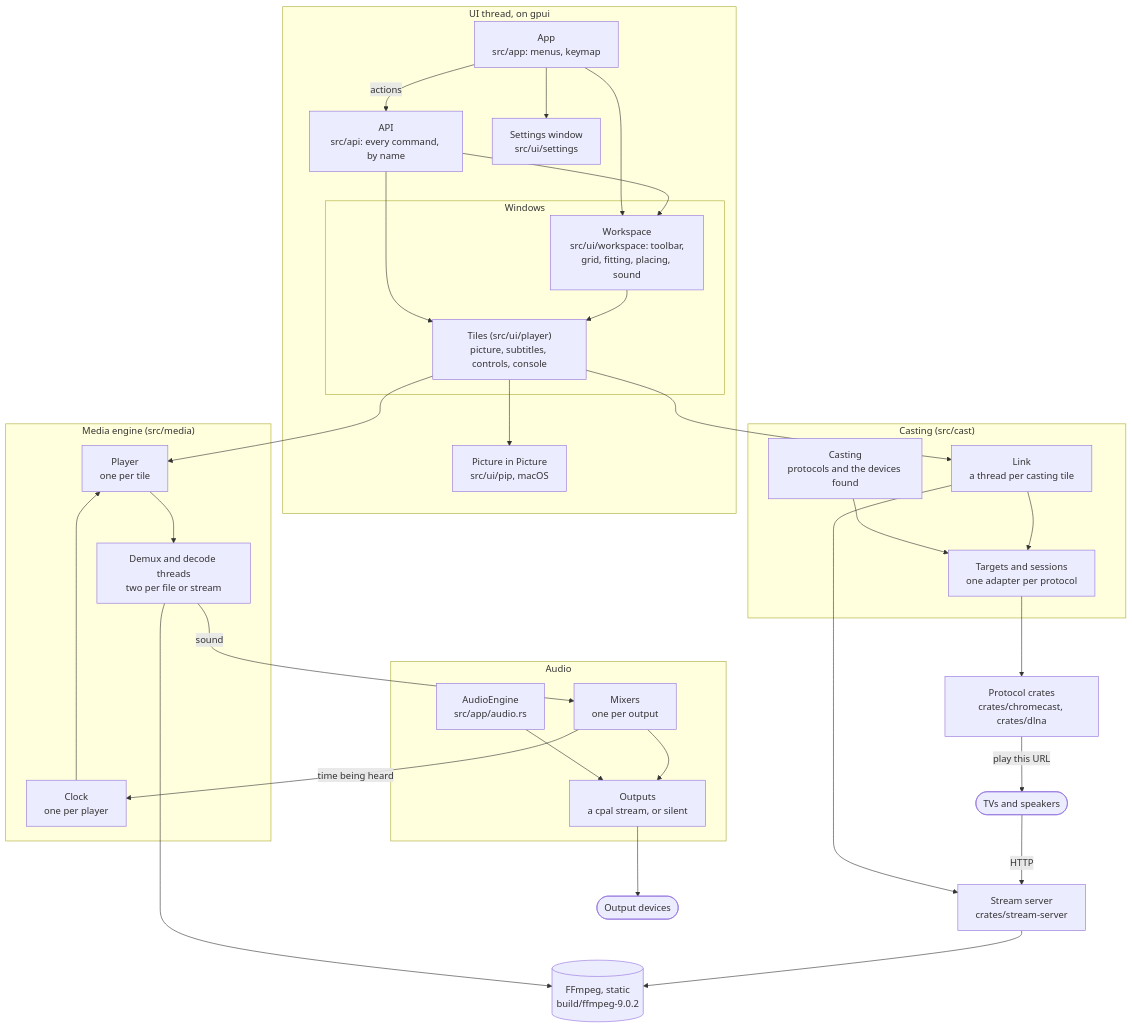
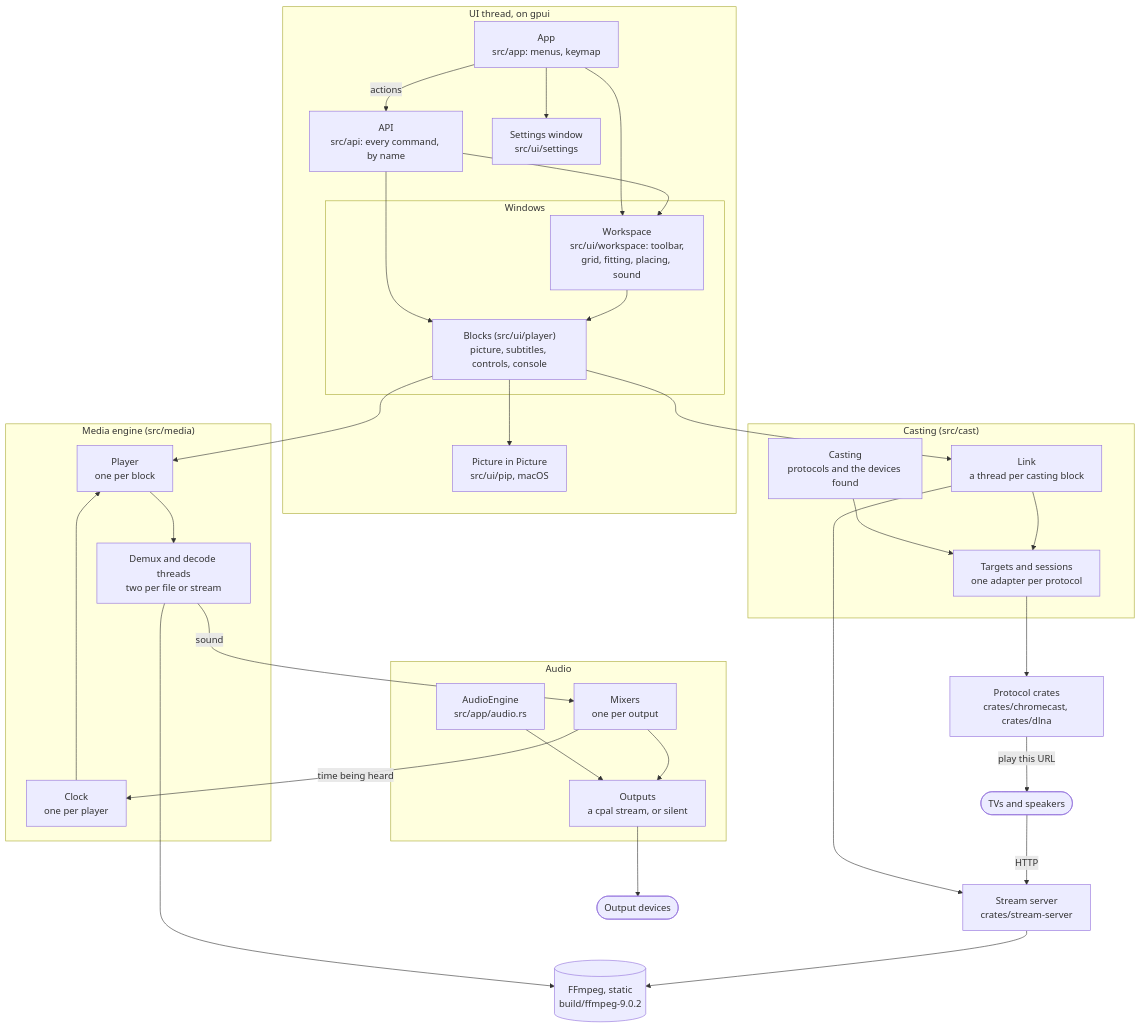
The first of 6 diagrams in ARCHITECTURE.md (velocityzen/Plays), drawn with Mermaid before and after one commit. The commit also changed other lines of this file and 136 other files, not shown here.

First line of the commit message:
Call what shows a player a block, not a tile, everywhere (MM-395)

````diff
--- a/ARCHITECTURE.md
+++ b/ARCHITECTURE.md
@@ -29,62 +29,62 @@
 ```mermaid
 flowchart TB
     subgraph uithread ["UI thread, on gpui"]
         app["App<br/>src/app: menus, keymap"]
         api["API<br/>src/api: every command, by name"]
         settings["Settings window<br/>src/ui/settings"]
         subgraph windows ["Windows"]
             workspace["Workspace<br/>src/ui/workspace: toolbar,<br/>grid, fitting, placing, sound"]
-            tiles["Tiles (src/ui/player)<br/>picture, subtitles, controls, console"]
+            blocks["Blocks (src/ui/player)<br/>picture, subtitles, controls, console"]
         end
         pip["Picture in Picture<br/>src/ui/pip, macOS"]
     end
 
     subgraph media ["Media engine (src/media)"]
-        player["Player<br/>one per tile"]
+        player["Player<br/>one per block"]
         threads["Demux and decode threads<br/>two per file or stream"]
         clock["Clock<br/>one per player"]
     end
 
     subgraph audio ["Audio"]
         engine["AudioEngine<br/>src/app/audio.rs"]
         mixers["Mixers<br/>one per output"]
         outputs["Outputs<br/>a cpal stream, or silent"]
     end
 
     subgraph cast ["Casting (src/cast)"]
         casting["Casting<br/>protocols and the devices found"]
-        link["Link<br/>a thread per casting tile"]
+        link["Link<br/>a thread per casting block"]
         targets["Targets and sessions<br/>one adapter per protocol"]
     end
 
     crates["Protocol crates<br/>crates/chromecast, crates/dlna"]
     server["Stream server<br/>crates/stream-server"]
     ffmpeg[("FFmpeg, static<br/>build/ffmpeg-9.0.2")]
     speakers(["Output devices"])
     devices(["TVs and speakers"])
 
     app --> workspace
     app --> settings
     app -->|"actions"| api
     api --> workspace
-    api --> tiles
-    workspace --> tiles
-    tiles --> player
-    tiles --> pip
+    api --> blocks
+    workspace --> blocks
+    blocks --> player
+    blocks --> pip
     player --> threads
     threads --> ffmpeg
     threads -->|"sound"| mixers
     mixers -->|"time being heard"| clock
     clock --> player
     engine --> outputs
     mixers --> outputs
     outputs --> speakers
-    tiles --> link
+    blocks --> link
     casting --> targets
     link --> targets
     link --> server
     targets --> crates
     crates -->|"play this URL"| devices
     devices -->|"HTTP"| server
     server --> ffmpeg
 ```
````
